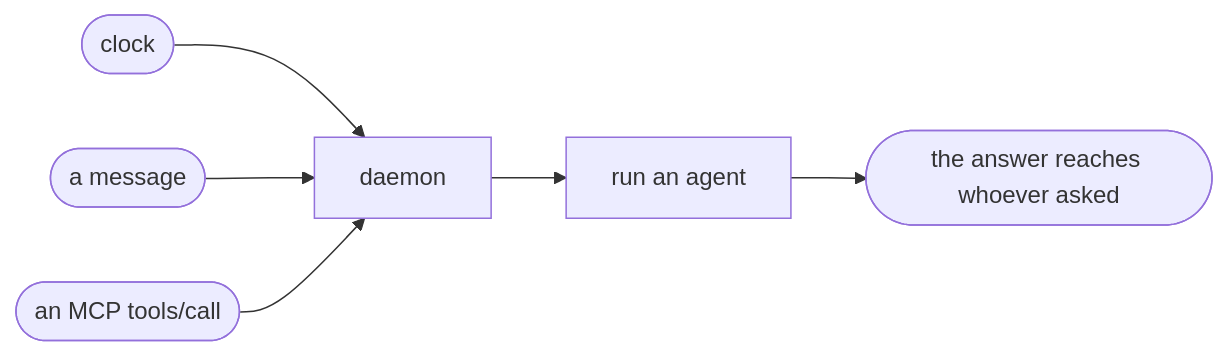
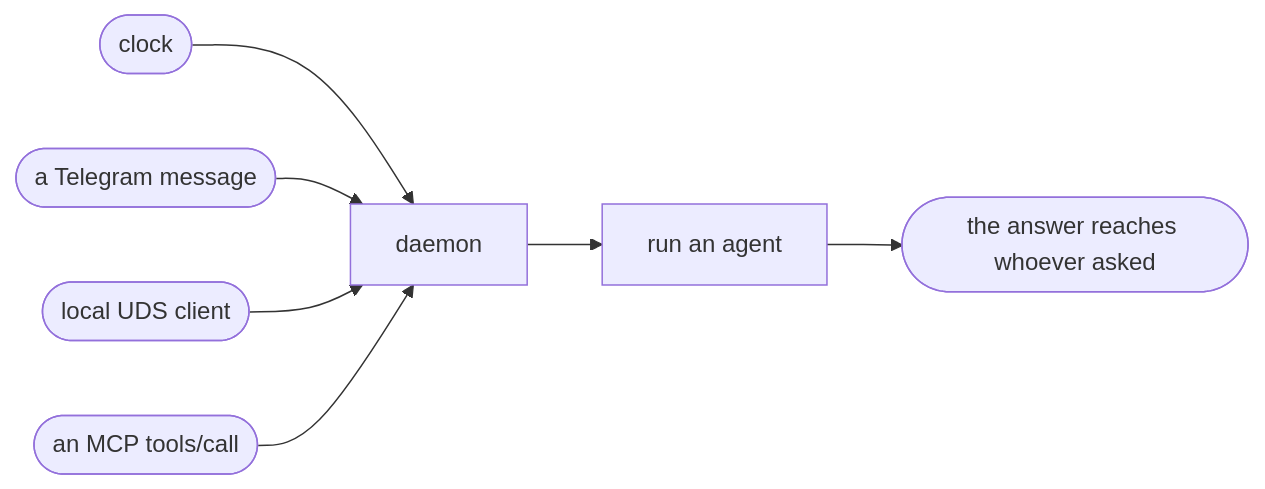
Before and after one commit to avelino/dotagent: the diagram in docs/concepts/triggers.md, drawn with Mermaid. The commit also changed other lines of this file and 53 other files, not shown here.

First line of the commit message:
feat: add local client api and gateway admission

````diff
--- a/docs/concepts/triggers.md
+++ b/docs/concepts/triggers.md
@@ -7,8 +7,9 @@
 ```mermaid
 flowchart LR
     clock([clock]) --> daemon
-    msg([a message]) --> daemon
+    msg([a Telegram message]) --> daemon
+    local([local UDS client]) --> daemon
     tool([an MCP tools/call]) --> daemon
     daemon --> run[run an agent]
     run --> back([the answer reaches whoever asked])
 ```
````
